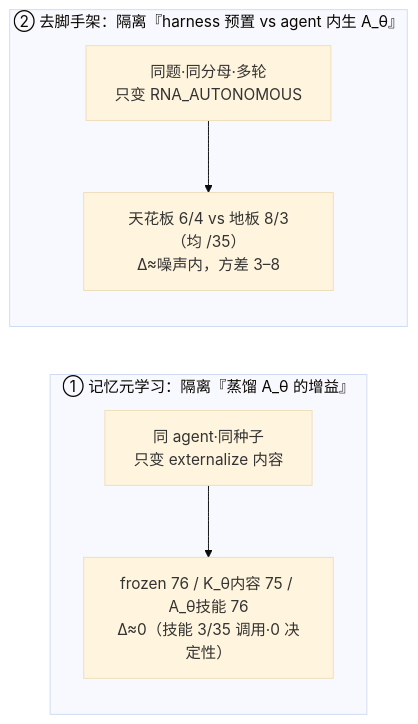
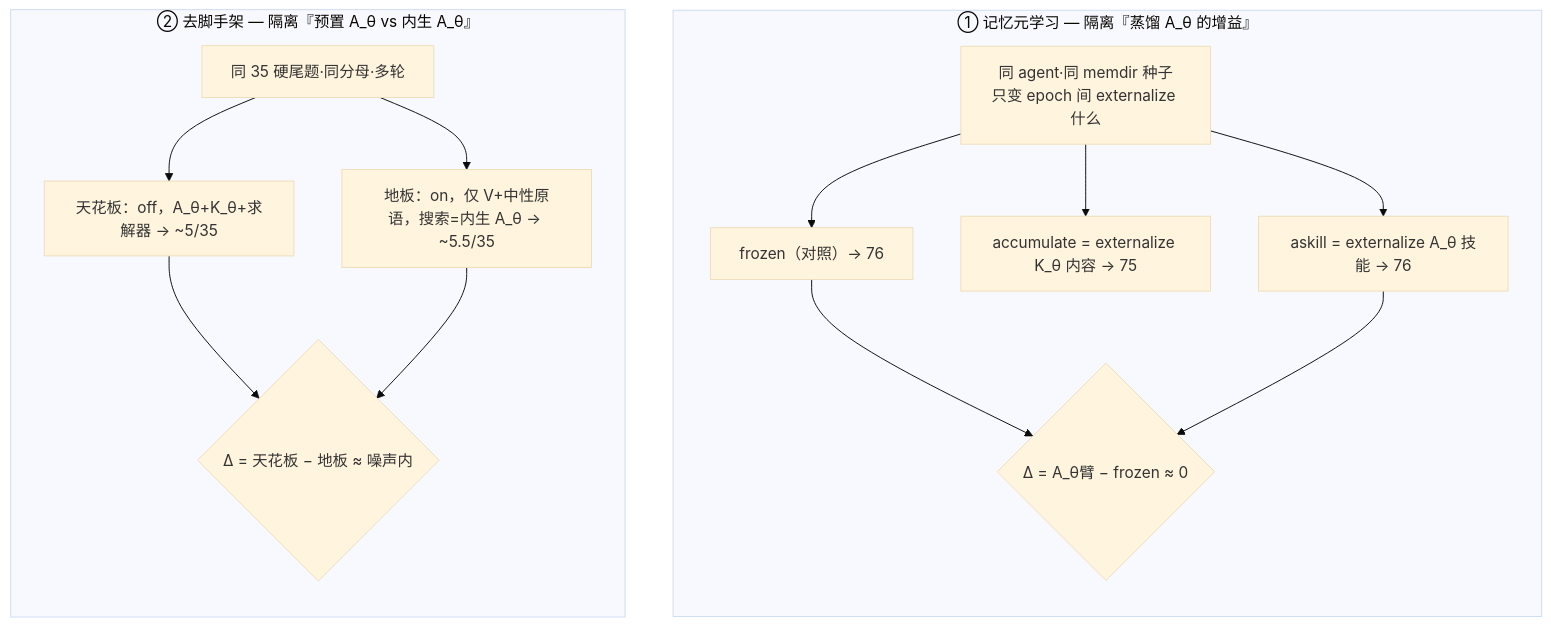
Before and after one commit to wenhui-ml/AI4RNA: the second of 2 diagrams in docs/weekly-report/2026-07-10.md, drawn with Mermaid (base theme). The commit also changed other lines of this file, not shown here.

````diff
--- a/docs/weekly-report/2026-07-10.md
+++ b/docs/weekly-report/2026-07-10.md
@@ -11,9 +52,18 @@
 ```mermaid
-flowchart LR
-  subgraph C1["① 记忆元学习：隔离『蒸馏 A_θ 的增益』"]
-    A1["同 agent·同种子<br/>只变 externalize 内容"] --> A2["frozen 76 / K_θ内容 75 / A_θ技能 76<br/>Δ≈0（技能 3/35 调用·0 决定性）"]
+flowchart TB
+  subgraph E_MEM["① 记忆元学习 — 隔离『蒸馏 A_θ 的增益』"]
+    direction TB
+    B1["同 agent·同 memdir 种子<br/>只变 epoch 间 externalize 什么"] --> M_F["frozen（对照）→ 76"]
+    B1 --> M_K["accumulate = externalize K_θ 内容 → 75"]
+    B1 --> M_A["askill = externalize A_θ 技能 → 76"]
+    M_F --> D1{"Δ = A_θ臂 − frozen ≈ 0"}
+    M_A --> D1
   end
-  subgraph C2["② 去脚手架：隔离『harness 预置 vs agent 内生 A_θ』"]
-    B1["同题·同分母·多轮<br/>只变 RNA_AUTONOMOUS"] --> B2["天花板 6/4 vs 地板 8/3（均 /35）<br/>Δ≈噪声内，方差 3–8"]
+  subgraph E_SCAF["② 去脚手架 — 隔离『预置 A_θ vs 内生 A_θ』"]
+    direction TB
+    B2["同 35 硬尾题·同分母·多轮"] --> S_C["天花板：off，A_θ+K_θ+求解器 → ~5/35"]
+    B2 --> S_F["地板：on，仅 V+中性原语，搜索=内生 A_θ → ~5.5/35"]
+    S_C --> D2{"Δ = 天花板 − 地板 ≈ 噪声内"}
+    S_F --> D2
   end
 ```
````
